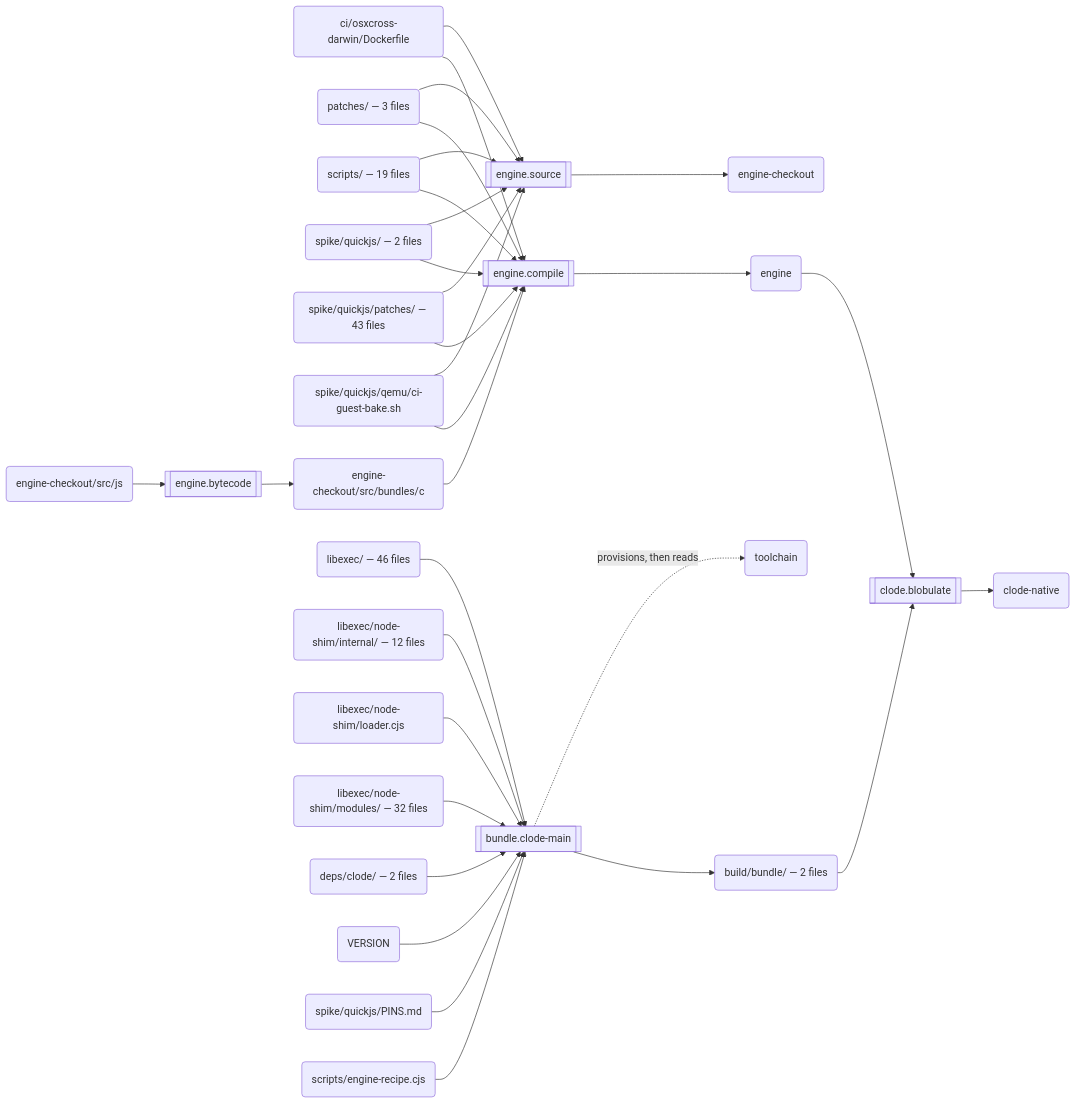
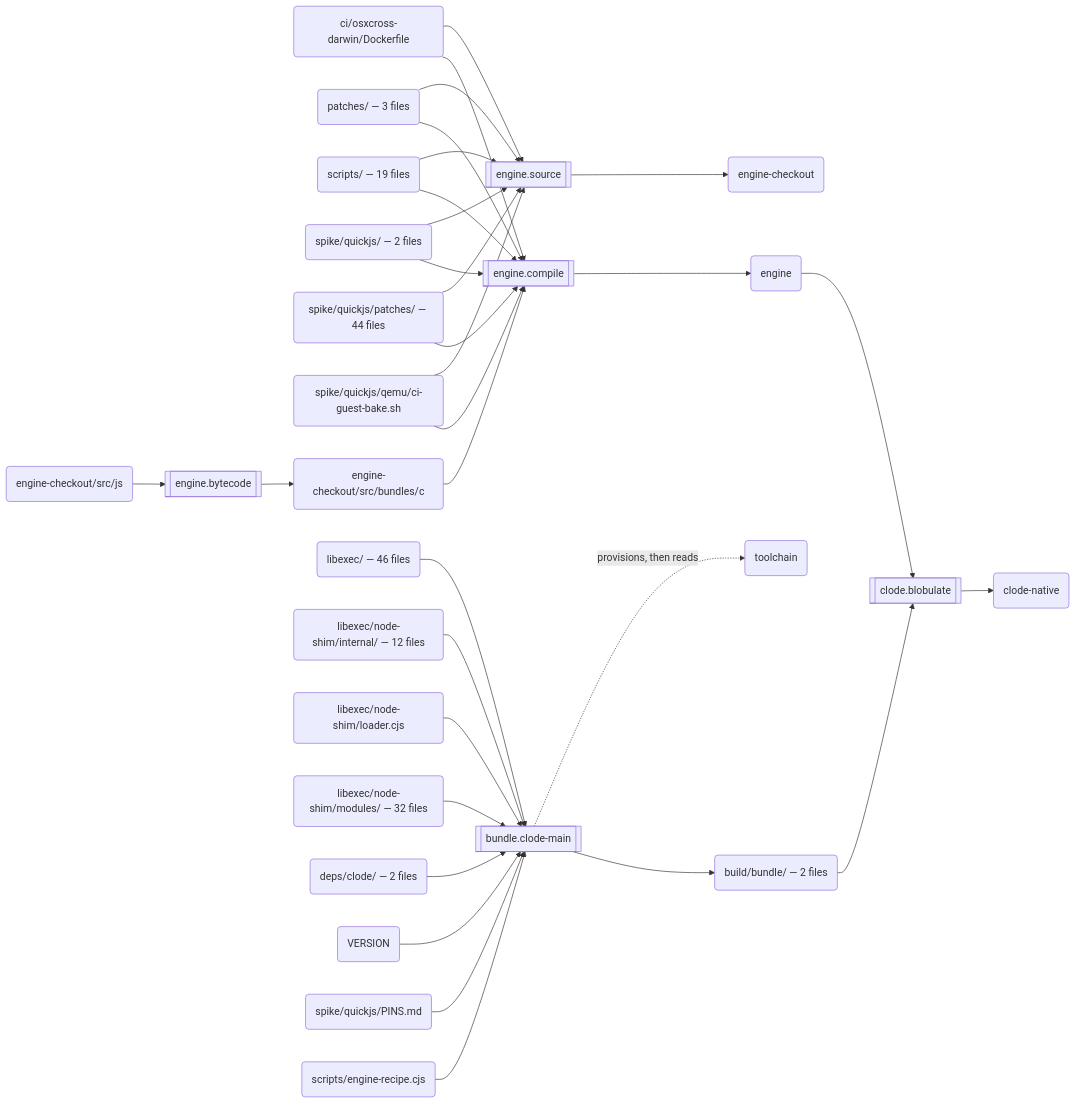
The second of 3 diagrams in docs/build.md (schmonz/clode), drawn with Mermaid before and after one commit. The commit also changed other lines of this file, not shown here.

Commit message:
docs(build): regenerate after merging the libc and spawn-options engine patches
Claude-Session: https://claude.ai/code/session_01X9pCeEg19PPwwjgrS8wV5a

````diff
--- a/docs/build.md
+++ b/docs/build.md
@@ -123,59 +123,59 @@
 ```mermaid
 flowchart LR
   s0[["engine.source"]]
   a0("ci/osxcross-darwin/Dockerfile")
   a1("patches/ — 3 files")
   a2("scripts/ — 19 files")
   a3("spike/quickjs/ — 2 files")
-  a4("spike/quickjs/patches/ — 43 files")
+  a4("spike/quickjs/patches/ — 44 files")
   a5("spike/quickjs/qemu/ci-guest-bake.sh")
   a6("engine-checkout")
   s1[["engine.bytecode"]]
   a7("engine-checkout/src/js")
   a8("engine-checkout/src/bundles/c")
   s2[["engine.compile"]]
   a9("engine")
   s3[["bundle.clode-main"]]
   a10("libexec/ — 46 files")
   a11("libexec/node-shim/internal/ — 12 files")
   a12("libexec/node-shim/loader.cjs")
   a13("libexec/node-shim/modules/ — 32 files")
   a14("deps/clode/ — 2 files")
   a15("VERSION")
   a16("spike/quickjs/PINS.md")
   a17("scripts/engine-recipe.cjs")
   a18("toolchain")
   a19("build/bundle/ — 2 files")
   s4[["clode.blobulate"]]
   a20("clode-native")
   a0 --> s0
   a1 --> s0
   a2 --> s0
   a3 --> s0
   a4 --> s0
   a5 --> s0
   s0 --> a6
   a7 --> s1
   s1 --> a8
   a8 --> s2
   a0 --> s2
   a1 --> s2
   a2 --> s2
   a3 --> s2
   a4 --> s2
   a5 --> s2
   s2 --> a9
   a10 --> s3
   a11 --> s3
   a12 --> s3
   a13 --> s3
   a14 --> s3
   a15 --> s3
   a16 --> s3
   a17 --> s3
   s3 -.->|"provisions, then reads"| a18
   s3 --> a19
   a9 --> s4
   a19 --> s4
   s4 --> a20
 ```
````
